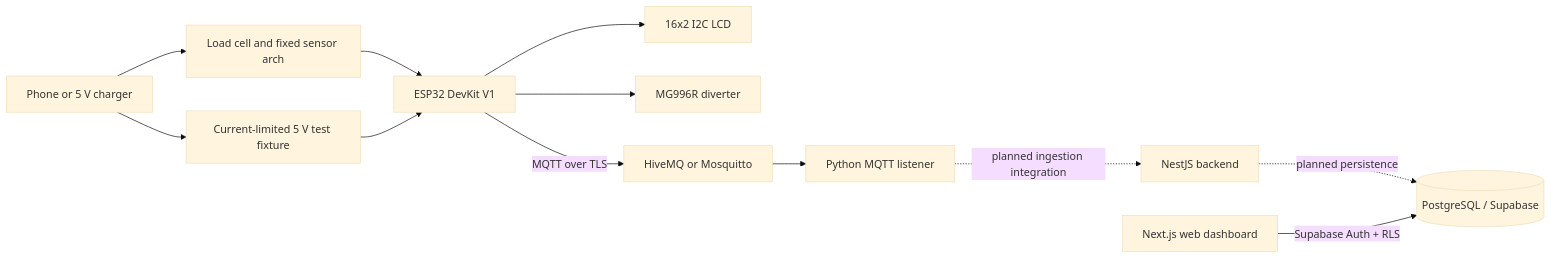
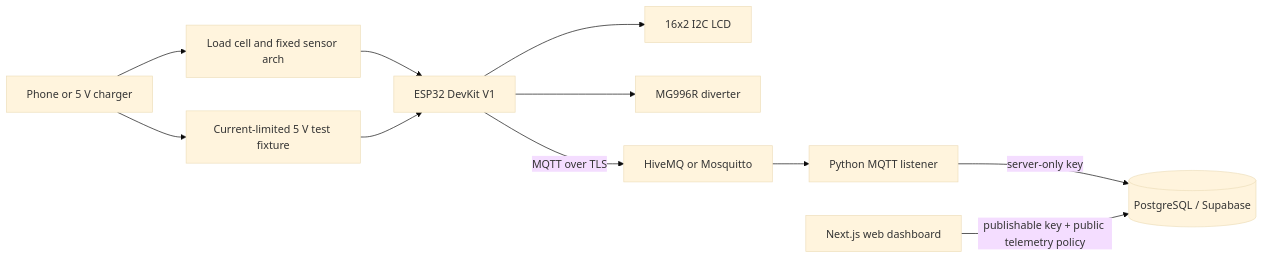
Before and after one commit to chezca-v/regrade: the diagram in README.md, drawn with Mermaid (base theme). The commit also changed other lines of this file and 19 other files, not shown here.

First line of the commit message:
feat: implement telemetry persistence in MQTT listener and update dashboard

````diff
--- a/README.md
+++ b/README.md
@@ -106,14 +106,13 @@
 ```mermaid
 flowchart LR
     DUT[Phone or 5 V charger] --> Bed[Load cell and fixed sensor arch]
     Bed --> ESP[ESP32 DevKit V1]
     DUT --> USB[Current-limited 5 V test fixture]
     USB --> ESP
     ESP --> LCD[16x2 I2C LCD]
     ESP --> Servo[MG996R diverter]
     ESP -->|MQTT over TLS| Broker[HiveMQ or Mosquitto]
     Broker --> Listener[Python MQTT listener]
-    Listener -. planned ingestion integration .-> API[NestJS backend]
-    API -. planned persistence .-> DB[(PostgreSQL / Supabase)]
-    Dashboard[Next.js web dashboard] -->|Supabase Auth + RLS| DB
+    Listener -->|server-only key| DB[(PostgreSQL / Supabase)]
+    Dashboard[Next.js web dashboard] -->|publishable key + public telemetry policy| DB
 ```
````
